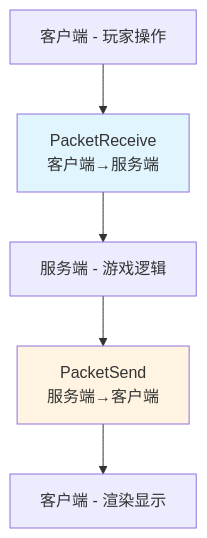
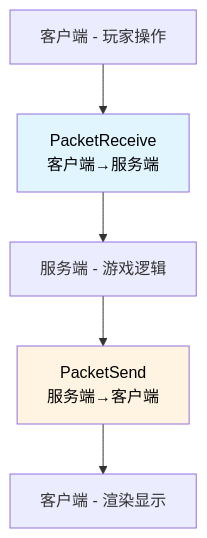
The first of 3 diagrams in docs/basic-tech/packet/index.md (FxRayHughes/taboowiki), drawn with Mermaid before and after one commit. The commit also changed other lines of this file and 19 other files, not shown here.

First line of the commit message:
feat(docs): 添加 Mermaid 图表支持并优化暗色模式显示

````diff
--- a/docs/basic-tech/packet/index.md
+++ b/docs/basic-tech/packet/index.md
@@ -15,10 +15,10 @@
 ```mermaid
 graph TB
     A[客户端 - 玩家操作] --> B[PacketReceive<br/>客户端→服务端]
     B --> C[服务端 - 游戏逻辑]
     C --> D[PacketSend<br/>服务端→客户端]
     D --> E[客户端 - 渲染显示]
 
-    style B fill:#e1f5ff
-    style D fill:#fff4e1
+    style B fill:#e1f5ff,color:#000000
+    style D fill:#fff4e1,color:#000000
 ```
````
